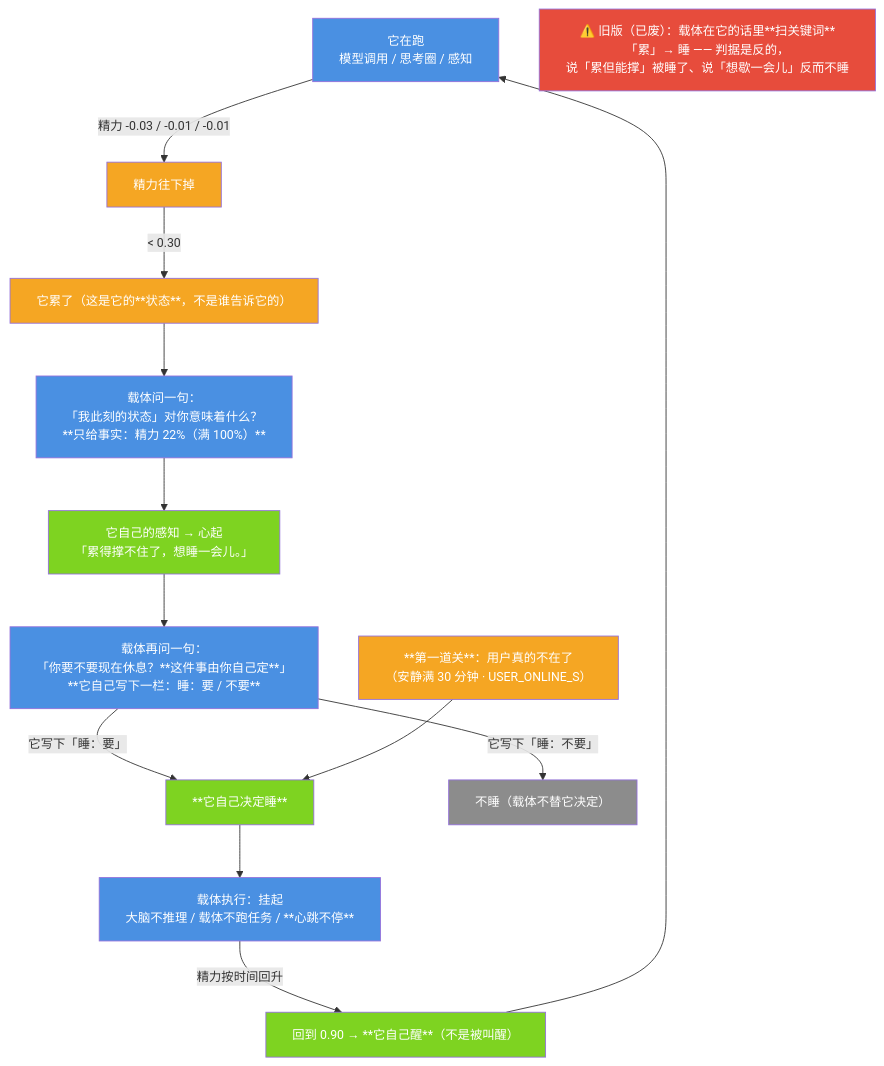
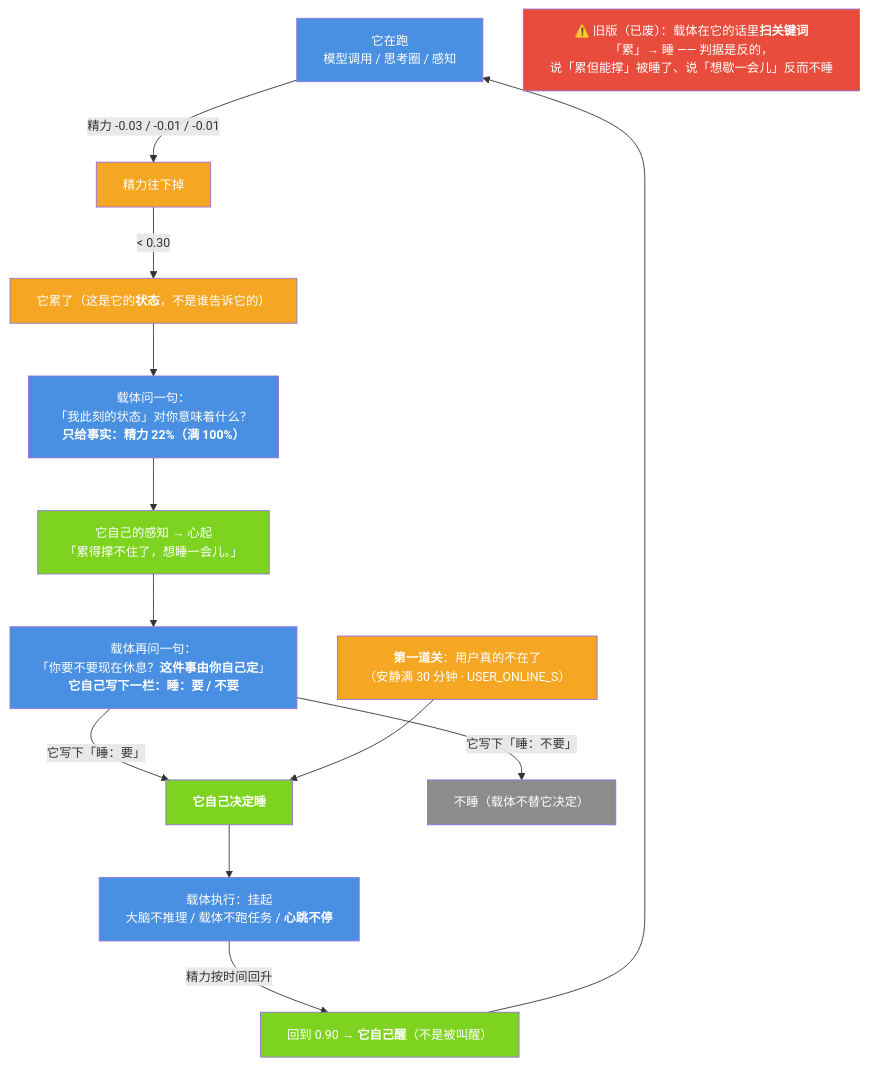
One commit to jiangchuangege/xiaojiao-harnees changed the diagram in docs/self-sleep.md. Above: the diagram before and after it, drawn with Mermaid. The commit also changed 18 other files, not shown here.

Commit message:
修渲染缺陷：Mermaid 里 43 处 ** 换成可渲染的 <b>（Mermaid 不解析 Markdown 加粗，图里原样显示星号）；去掉列表里嵌套的 json 围栏；新增 check_render.py 并接入 CI

````diff
--- a/docs/self-sleep.md
+++ b/docs/self-sleep.md
@@ -38,28 +38,28 @@
 ```mermaid
 %%{init: {"themeVariables": {"fontSize": "14px"}, "flowchart": {"htmlLabels": true, "wrappingWidth": 340, "nodeSpacing": 46, "rankSpacing": 60, "useMaxWidth": true}}}%%
 flowchart TB
     R["它在跑<br/>模型调用 / 思考圈 / 感知"] -->|"精力 -0.03 / -0.01 / -0.01"| E["精力往下掉"]
-    E -->|"< 0.30"| T["它累了（这是它的**状态**，不是谁告诉它的）"]
-    T --> Q["载体问一句：<br/>「我此刻的状态」对你意味着什么？<br/>**只给事实：精力 22%（满 100%）**"]
+    E -->|"< 0.30"| T["它累了（这是它的<b>状态</b>，不是谁告诉它的）"]
+    T --> Q["载体问一句：<br/>「我此刻的状态」对你意味着什么？<br/><b>只给事实：精力 22%（满 100%）</b>"]
     Q --> H["它自己的感知 → 心起<br/>「累得撑不住了，想睡一会儿。」"]
-    H --> M["载体再问一句：<br/>「你要不要现在休息？**这件事由你自己定**」<br/>**它自己写下一栏：睡：要 / 不要**"]
-    M -->|"它写下「睡：要」"| D["**它自己决定睡**"]
+    H --> M["载体再问一句：<br/>「你要不要现在休息？<b>这件事由你自己定</b>」<br/><b>它自己写下一栏：睡：要 / 不要</b>"]
+    M -->|"它写下「睡：要」"| D["<b>它自己决定睡</b>"]
     M -->|"它写下「睡：不要」"| K["不睡（载体不替它决定）"]
-    G1["**第一道关**：用户真的不在了<br/>（安静满 30 分钟 · USER_ONLINE_S）"] --> D
-    D --> S["载体执行：挂起<br/>大脑不推理 / 载体不跑任务 / **心跳不停**"]
-    S -->|"精力按时间回升"| W["回到 0.90 → **它自己醒**（不是被叫醒）"]
+    G1["<b>第一道关</b>：用户真的不在了<br/>（安静满 30 分钟 · USER_ONLINE_S）"] --> D
+    D --> S["载体执行：挂起<br/>大脑不推理 / 载体不跑任务 / <b>心跳不停</b>"]
+    S -->|"精力按时间回升"| W["回到 0.90 → <b>它自己醒</b>（不是被叫醒）"]
     W --> R
-    N["⚠️ 旧版（已废）：载体在它的话里**扫关键词**<br/>「累」→ 睡 —— 判据是反的，<br/>说「累但能撑」被睡了、说「想歇一会儿」反而不睡"]
+    N["⚠️ 旧版（已废）：载体在它的话里<b>扫关键词</b><br/>「累」→ 睡 —— 判据是反的，<br/>说「累但能撑」被睡了、说「想歇一会儿」反而不睡"]
     style R fill:#4A90E2,color:#fff
     style E fill:#F5A623,color:#fff
     style T fill:#F5A623,color:#fff
     style Q fill:#4A90E2,color:#fff
     style H fill:#7ED321,color:#fff
     style M fill:#4A90E2,color:#fff
     style D fill:#7ED321,color:#fff
     style K fill:#8C8C8C,color:#fff
     style G1 fill:#F5A623,color:#fff
     style S fill:#4A90E2,color:#fff
     style W fill:#7ED321,color:#fff
     style N fill:#E74C3C,color:#fff
 ```
````
